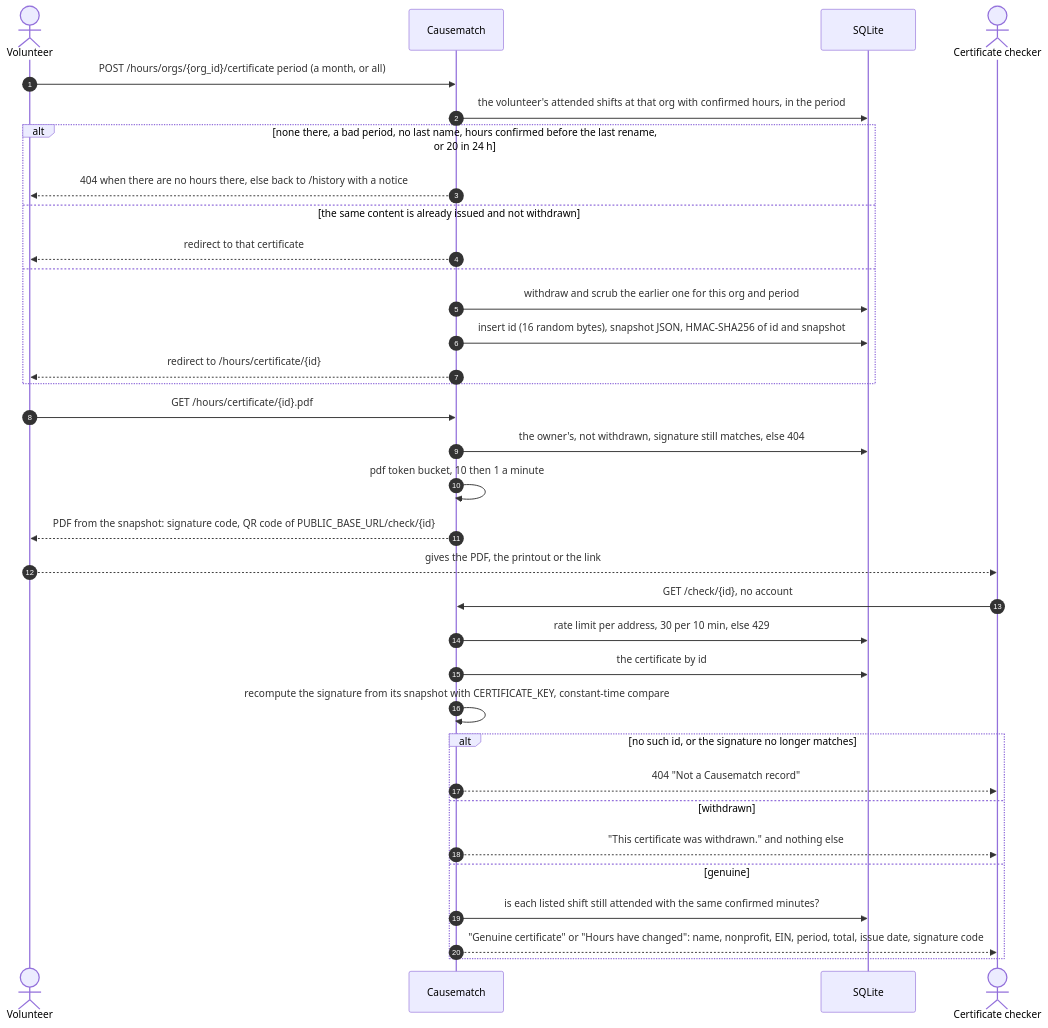
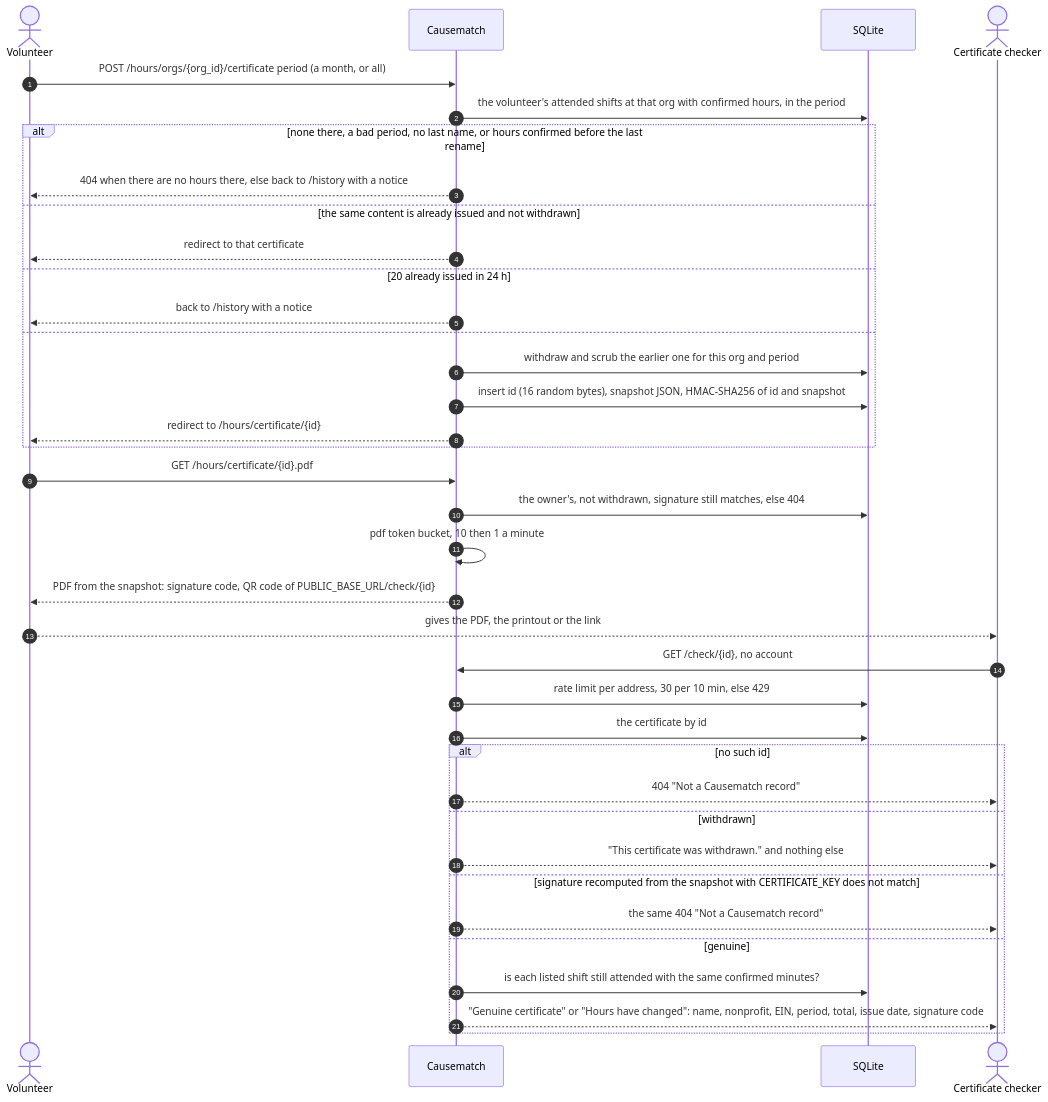
One commit to slegroux/causematch changed diagram 22 of 26 in docs/ARCHITECTURE.md. Above: the diagram before and after it, drawn with Mermaid. The commit also changed other lines of this file, not shown here.

First line of the commit message:
Architecture doc: I need my hours confirmed (#22), and review fixes

````diff
--- a/docs/ARCHITECTURE.md
+++ b/docs/ARCHITECTURE.md
@@ -1197,37 +1197,40 @@
 ```mermaid
 sequenceDiagram
     autonumber
     actor V as Volunteer
     participant A as Causematch
     participant DB as SQLite
     actor X as Certificate checker
 
     V->>A: POST /hours/orgs/{org_id}/certificate period (a month, or all)
     A->>DB: the volunteer's attended shifts at that org with confirmed hours, in the period
-    alt none there, a bad period, no last name, hours confirmed before the last rename, or 20 in 24 h
+    alt none there, a bad period, no last name, or hours confirmed before the last rename
         A-->>V: 404 when there are no hours there, else back to /history with a notice
     else the same content is already issued and not withdrawn
         A-->>V: redirect to that certificate
+    else 20 already issued in 24 h
+        A-->>V: back to /history with a notice
     else
         A->>DB: withdraw and scrub the earlier one for this org and period
         A->>DB: insert id (16 random bytes), snapshot JSON, HMAC-SHA256 of id and snapshot
         A-->>V: redirect to /hours/certificate/{id}
     end
     V->>A: GET /hours/certificate/{id}.pdf
     A->>DB: the owner's, not withdrawn, signature still matches, else 404
     A->>A: pdf token bucket, 10 then 1 a minute
     A-->>V: PDF from the snapshot: signature code, QR code of PUBLIC_BASE_URL/check/{id}
     V-->>X: gives the PDF, the printout or the link
     X->>A: GET /check/{id}, no account
     A->>DB: rate limit per address, 30 per 10 min, else 429
     A->>DB: the certificate by id
-    A->>A: recompute the signature from its snapshot with CERTIFICATE_KEY, constant-time compare
-    alt no such id, or the signature no longer matches
+    alt no such id
         A-->>X: 404 "Not a Causematch record"
     else withdrawn
         A-->>X: "This certificate was withdrawn." and nothing else
+    else signature recomputed from the snapshot with CERTIFICATE_KEY does not match
+        A-->>X: the same 404 "Not a Causematch record"
     else genuine
         A->>DB: is each listed shift still attended with the same confirmed minutes?
         A-->>X: "Genuine certificate" or "Hours have changed": name, nonprofit, EIN, period, total, issue date, signature code
     end
 ```
````
